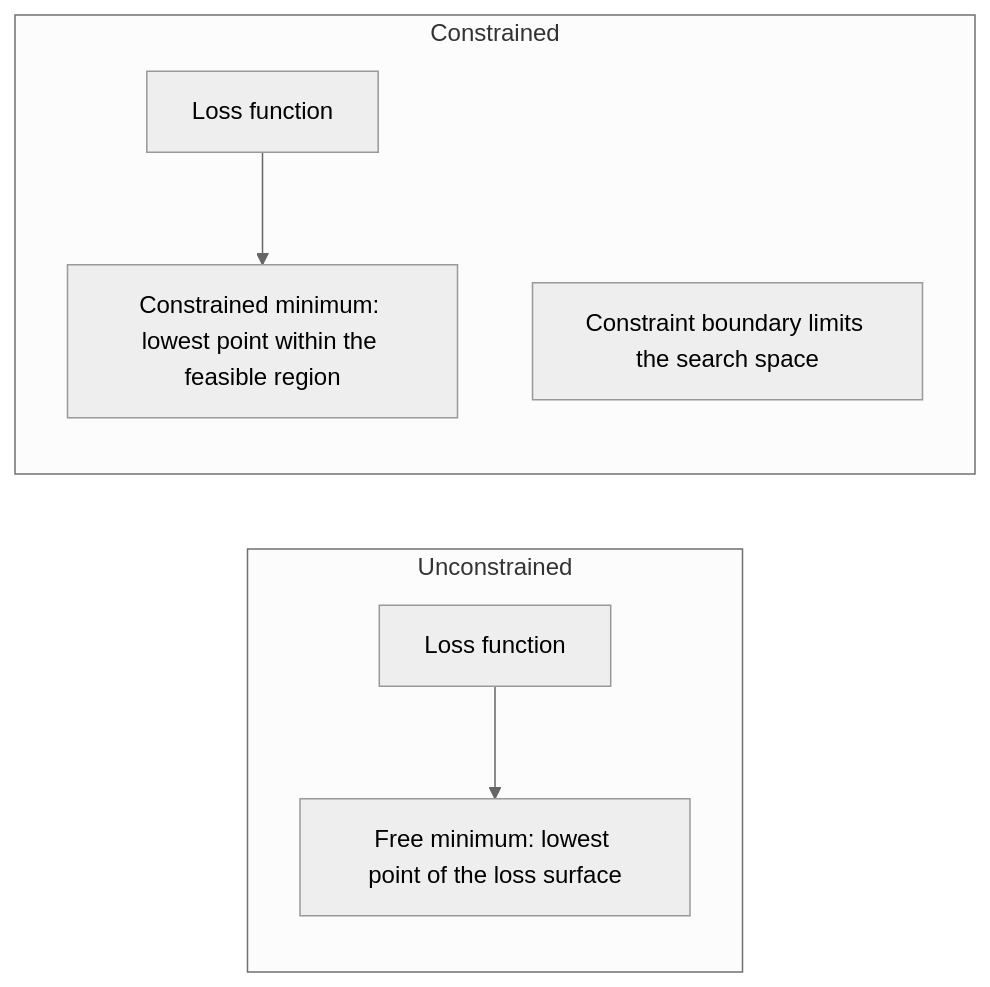
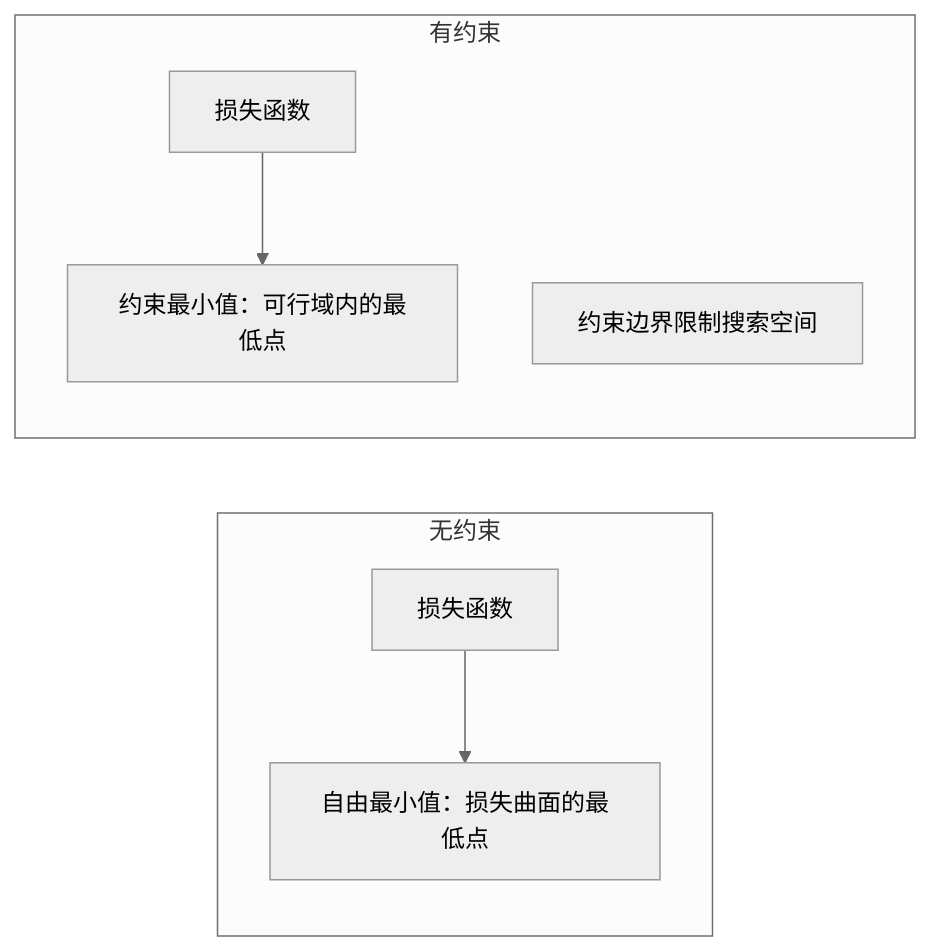
Before and after one commit to alessandrodinisio-ai/ai-engineering-learning-framework: the third of 4 diagrams in phases/01-math-foundations/18-convex-optimization/docs/zh.md, drawn with Mermaid (neutral theme). The commit also changed other lines of this file and 120 other files, not shown here.

First line of the commit message:
i18n(mermaid): 337 个 mermaid 图表标签中文化

````diff
--- a/phases/01-math-foundations/18-convex-optimization/docs/zh.md
+++ b/phases/01-math-foundations/18-convex-optimization/docs/zh.md
@@ -204,10 +204,10 @@
 ```mermaid
 graph LR
-    subgraph "Unconstrained"
-        U1["Loss function"] --> U2["Free minimum: lowest point of the loss surface"]
+    subgraph "无约束"
+        U1["损失函数"] --> U2["自由最小值：损失曲面的最低点"]
     end
-    subgraph "Constrained"
-        C1["Loss function"] --> C2["Constrained minimum: lowest point within the feasible region"]
-        C3["Constraint boundary limits the search space"]
+    subgraph "有约束"
+        C1["损失函数"] --> C2["约束最小值：可行域内的最低点"]
+        C3["约束边界限制搜索空间"]
     end
 ```
````
